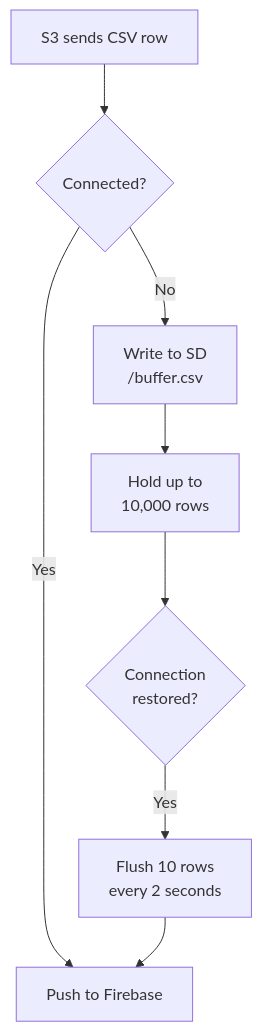
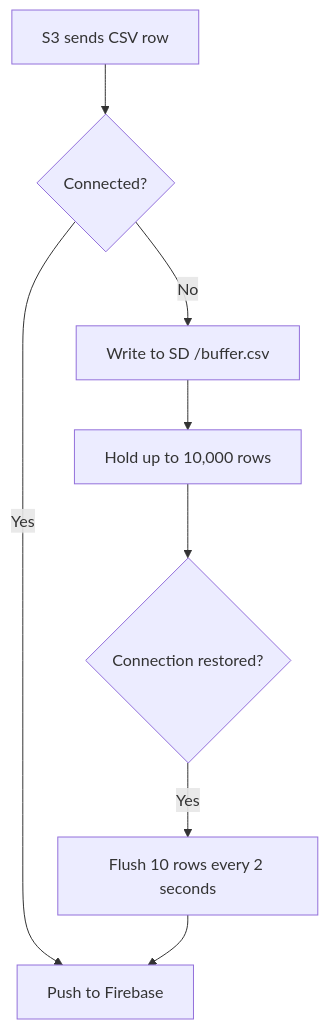
The eighth of 10 diagrams in README.md (jden-art/Varuna), drawn with Mermaid before and after one commit. The commit also changed other lines of this file, not shown here.

````diff
--- a/README.md
+++ b/README.md
@@ -411,10 +412,10 @@
 ```mermaid
 flowchart TD
     A["S3 sends CSV row"] --> B{"Connected?"}
     B -- Yes --> C["Push to Firebase"]
-    B -- No --> D["Write to SD\n/buffer.csv"]
-    D --> E["Hold up to\n10,000 rows"]
-    E --> F{"Connection\nrestored?"}
-    F -- Yes --> G["Flush 10 rows\nevery 2 seconds"]
+    B -- No --> D["Write to SD /buffer.csv"]
+    D --> E["Hold up to 10,000 rows"]
+    E --> F{"Connection restored?"}
+    F -- Yes --> G["Flush 10 rows every 2 seconds"]
     G --> C
 ```
````
